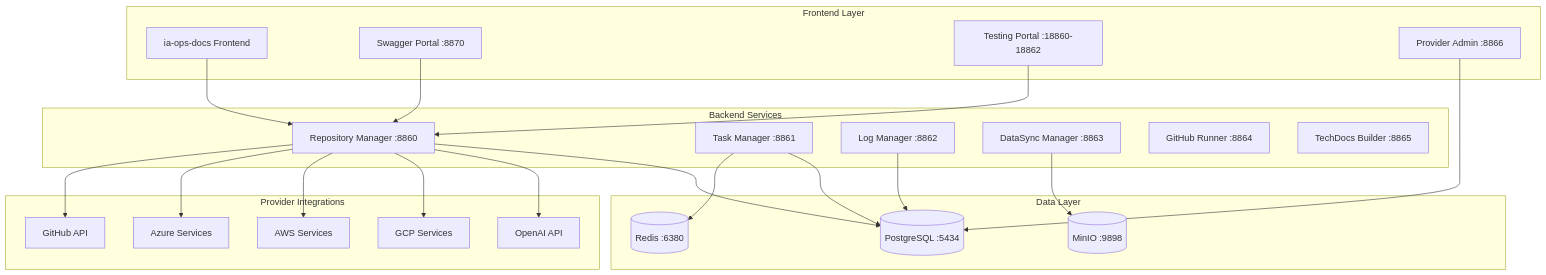
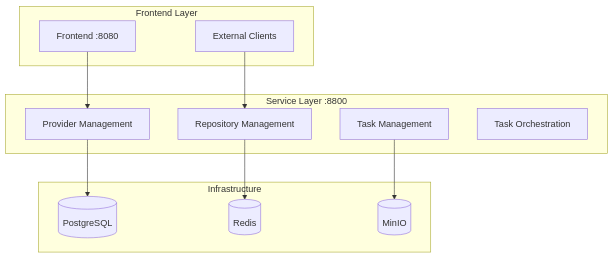
One commit to giovanemere/ia-ops-dev-core changed the diagram in docs/index.md. Above: the diagram before and after it, drawn with Mermaid. The commit also changed other lines of this file and 52 other files, not shown here.

First line of the commit message:
feat: Complete Service Layer migration and documentation update

````diff
--- a/docs/index.md
+++ b/docs/index.md
@@ -40,47 +44,26 @@
 ```mermaid
 graph TB
     subgraph "Frontend Layer"
-        FE[ia-ops-docs Frontend]
-        SP[Swagger Portal :8870]
-        TP[Testing Portal :18860-18862]
-        PA[Provider Admin :8866]
+        FE[Frontend :8080]
+        EXT[External Clients]
     end
     
-    subgraph "Backend Services"
-        RM[Repository Manager :8860]
-        TM[Task Manager :8861] 
-        LM[Log Manager :8862]
-        DS[DataSync Manager :8863]
-        GR[GitHub Runner :8864]
-        TD[TechDocs Builder :8865]
+    subgraph "Service Layer :8800"
+        PM[Provider Management]
+        RM[Repository Management] 
+        TM[Task Management]
+        TO[Task Orchestration]
     end
     
-    subgraph "Provider Integrations"
-        GH[GitHub API]
-        AZ[Azure Services]
-        AWS[AWS Services]
-        GCP[GCP Services]
-        AI[OpenAI API]
+    subgraph "Infrastructure"
+        PG[(PostgreSQL)]
+        RD[(Redis)]
+        MN[(MinIO)]
     end
     
-    subgraph "Data Layer"
-        PG[(PostgreSQL :5434)]
-        RD[(Redis :6380)]
-        MN[(MinIO :9898)]
-    end
-    
-    FE --> RM
-    SP --> RM
-    TP --> RM
-    PA --> PG
-    RM --> GH
-    RM --> AZ
-    RM --> AWS
-    RM --> GCP
-    RM --> AI
-    RM --> PG
-    TM --> RD
-    TM --> PG
-    LM --> PG
-    DS --> MN
+    FE --> PM
+    EXT --> RM
+    PM --> PG
+    RM --> RD
+    TM --> MN
 ```
````
